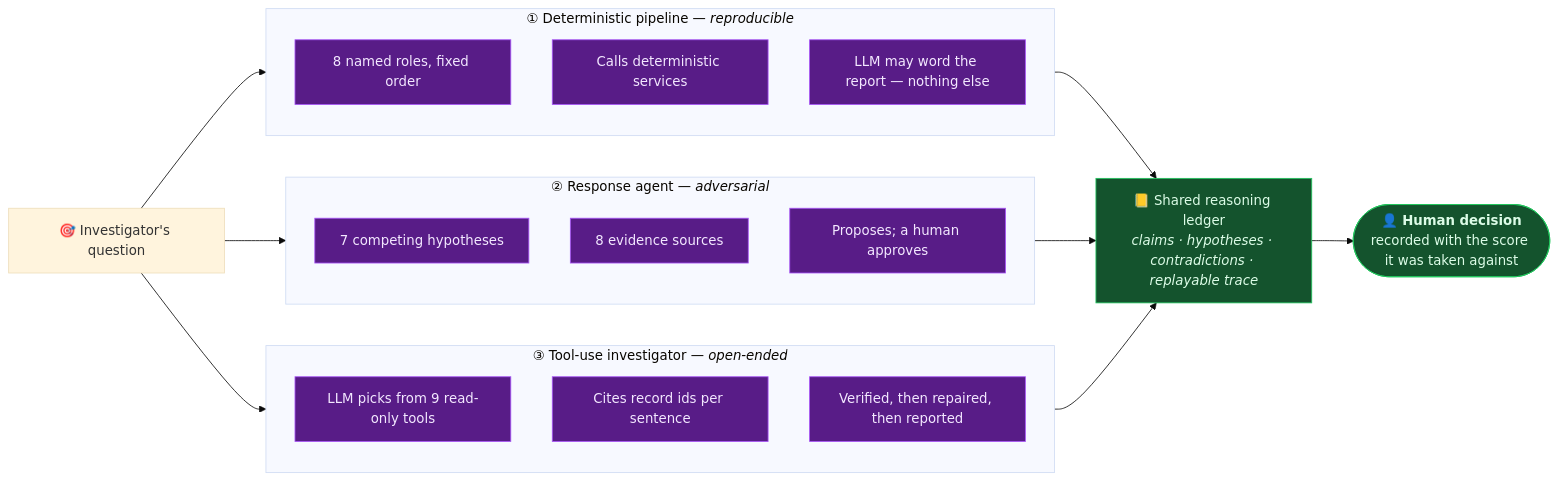
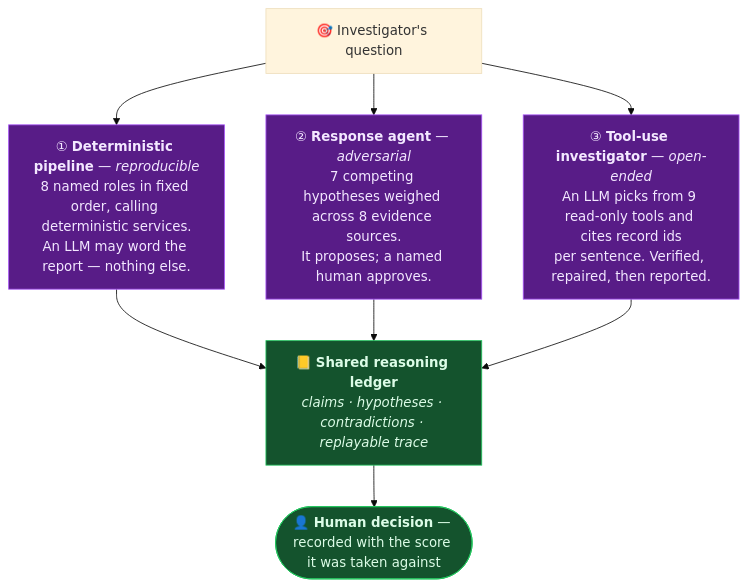
Before and after one commit to rakeshselvaraj0108/TLN: the tenth of 15 diagrams in README.md, drawn with Mermaid (base theme). The commit also changed other lines of this file, not shown here.

First line of the commit message:
Rebuild the README diagrams to be readable at GitHub's column width

````diff
--- a/README.md
+++ b/README.md
@@ -569,30 +504,19 @@
 ```mermaid
-flowchart LR
-    subgraph A1["① Deterministic pipeline — <i>reproducible</i>"]
-        direction TB
-        A1a["8 named roles, fixed order"]
-        A1b["Calls deterministic services"]
-        A1c["LLM may word the report — nothing else"]
-    end
-    subgraph A2["② Response agent — <i>adversarial</i>"]
-        direction TB
-        A2a["7 competing hypotheses"]
-        A2b["8 evidence sources"]
-        A2c["Proposes; a human approves"]
-    end
-    subgraph A3["③ Tool-use investigator — <i>open-ended</i>"]
-        direction TB
-        A3a["LLM picks from 9 read-only tools"]
-        A3b["Cites record ids per sentence"]
-        A3c["Verified, then repaired, then reported"]
-    end
+flowchart TB
+    Q["🎯 Investigator's question"]
+    A1["① <b>Deterministic pipeline</b> — <i>reproducible</i><br/>8 named roles in fixed order, calling deterministic services.<br/>An LLM may word the report — nothing else."]
+    A2["② <b>Response agent</b> — <i>adversarial</i><br/>7 competing hypotheses weighed across 8 evidence sources.<br/>It proposes; a named human approves."]
+    A3["③ <b>Tool-use investigator</b> — <i>open-ended</i><br/>An LLM picks from 9 read-only tools and cites record ids<br/>per sentence. Verified, repaired, then reported."]
+    L["📒 <b>Shared reasoning ledger</b><br/><i>claims · hypotheses · contradictions · replayable trace</i>"]
+    HUMAN(["👤 <b>Human decision</b> — recorded with the score it was taken against"])
 
-    Q["🎯 Investigator's question"] --> A1 & A2 & A3
-    A1 & A2 & A3 --> L["📒 Shared reasoning ledger<br/><i>claims · hypotheses · contradictions · replayable trace</i>"]
-    L --> HUMAN(["👤 <b>Human decision</b><br/>recorded with the score it was taken against"])
+    Q --> A1 --> L
+    Q --> A2 --> L
+    Q --> A3 --> L
+    L --> HUMAN
 
     classDef a fill:#581c87,stroke:#a855f7,color:#f3e8ff
     classDef h fill:#14532d,stroke:#22c55e,color:#dcfce7
-    class A1a,A1b,A1c,A2a,A2b,A2c,A3a,A3b,A3c a
+    class A1,A2,A3 a
     class HUMAN,L h
 ```
````
